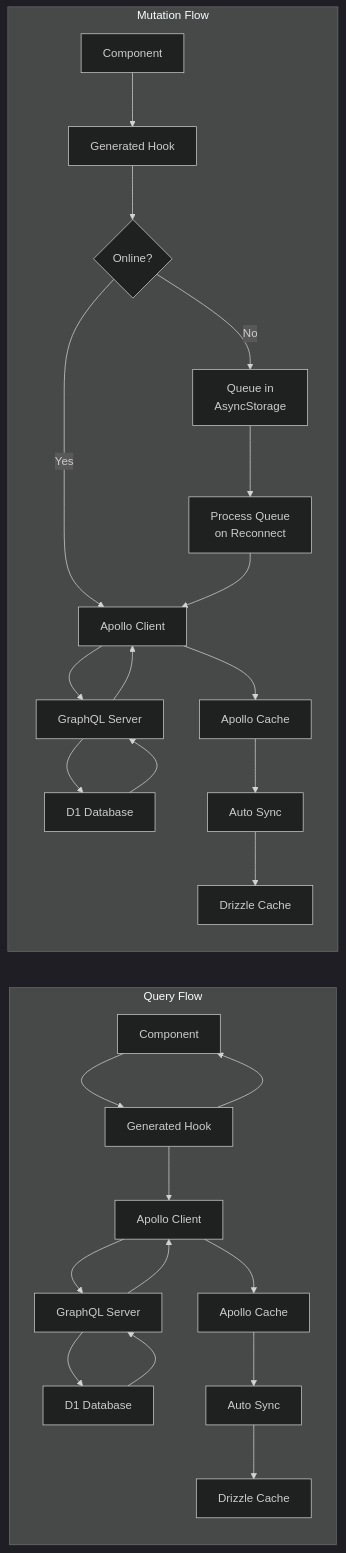
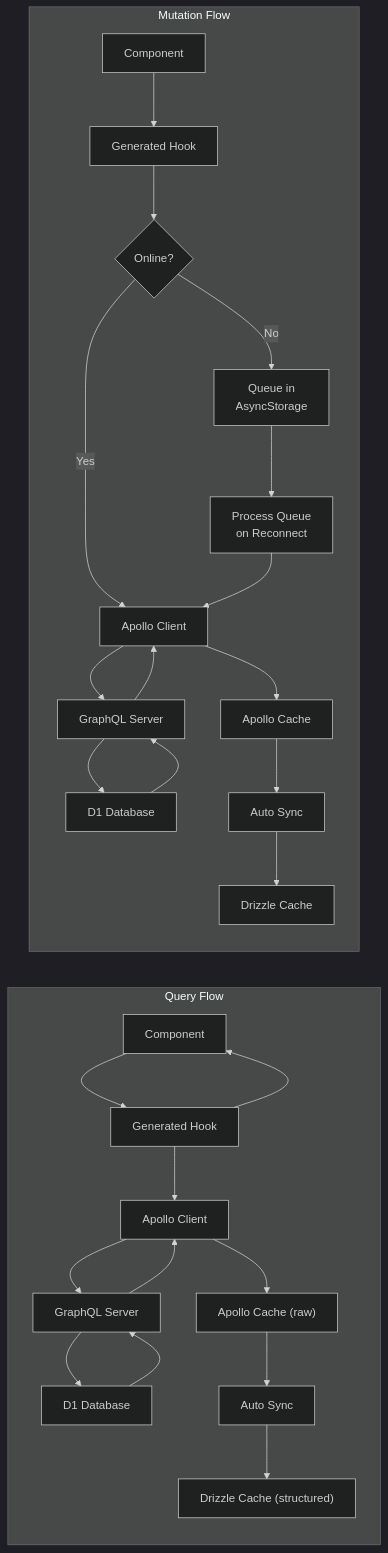
The third of 11 diagrams in README.md (mehotkhan/safarnak.app), drawn with Mermaid (dark theme) before and after one commit. The commit also changed other lines of this file and 8 other files, not shown here.

````diff
--- a/README.md
+++ b/README.md
@@ -162,31 +162,31 @@
 ```mermaid
 flowchart LR
   subgraph Query["Query Flow"]
     Q1["Component"] --> Q2["Generated Hook"]
     Q2 --> Q3["Apollo Client"]
     Q3 --> Q4["GraphQL Server"]
     Q4 --> Q5["D1 Database"]
     Q5 --> Q4
     Q4 --> Q3
-    Q3 --> Q6["Apollo Cache"]
+    Q3 --> Q6["Apollo Cache (raw)"]
     Q6 --> Q7["Auto Sync"]
-    Q7 --> Q8["Drizzle Cache"]
+    Q7 --> Q8["Drizzle Cache (structured)"]
     Q2 --> Q1
   end
 
   subgraph Mutation["Mutation Flow"]
     M1["Component"] --> M2["Generated Hook"]
     M2 --> M3{"Online?"}
     M3 -->|Yes| M4["Apollo Client"]
     M3 -->|No| M5["Queue in<br/>AsyncStorage"]
     M4 --> M6["GraphQL Server"]
     M6 --> M7["D1 Database"]
     M7 --> M6
     M6 --> M4
     M4 --> M8["Apollo Cache"]
     M8 --> M9["Auto Sync"]
     M9 --> M10["Drizzle Cache"]
     M5 --> M11["Process Queue<br/>on Reconnect"]
     M11 --> M4
   end
 ```
````
